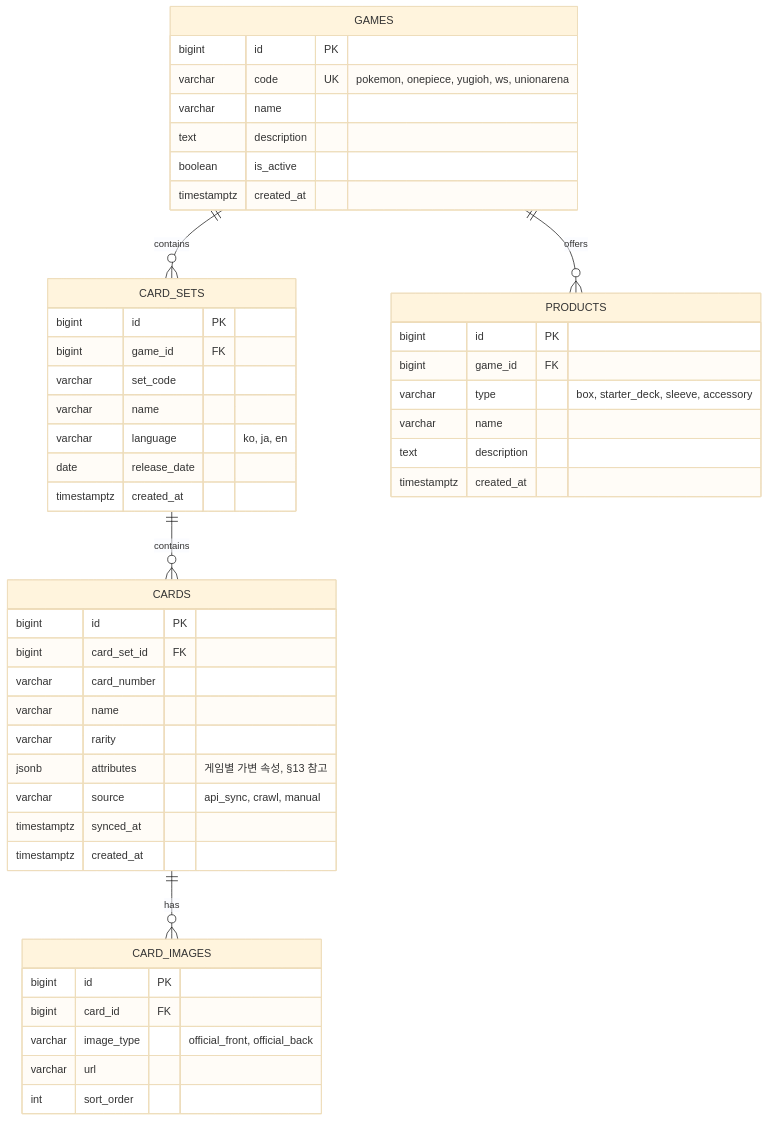
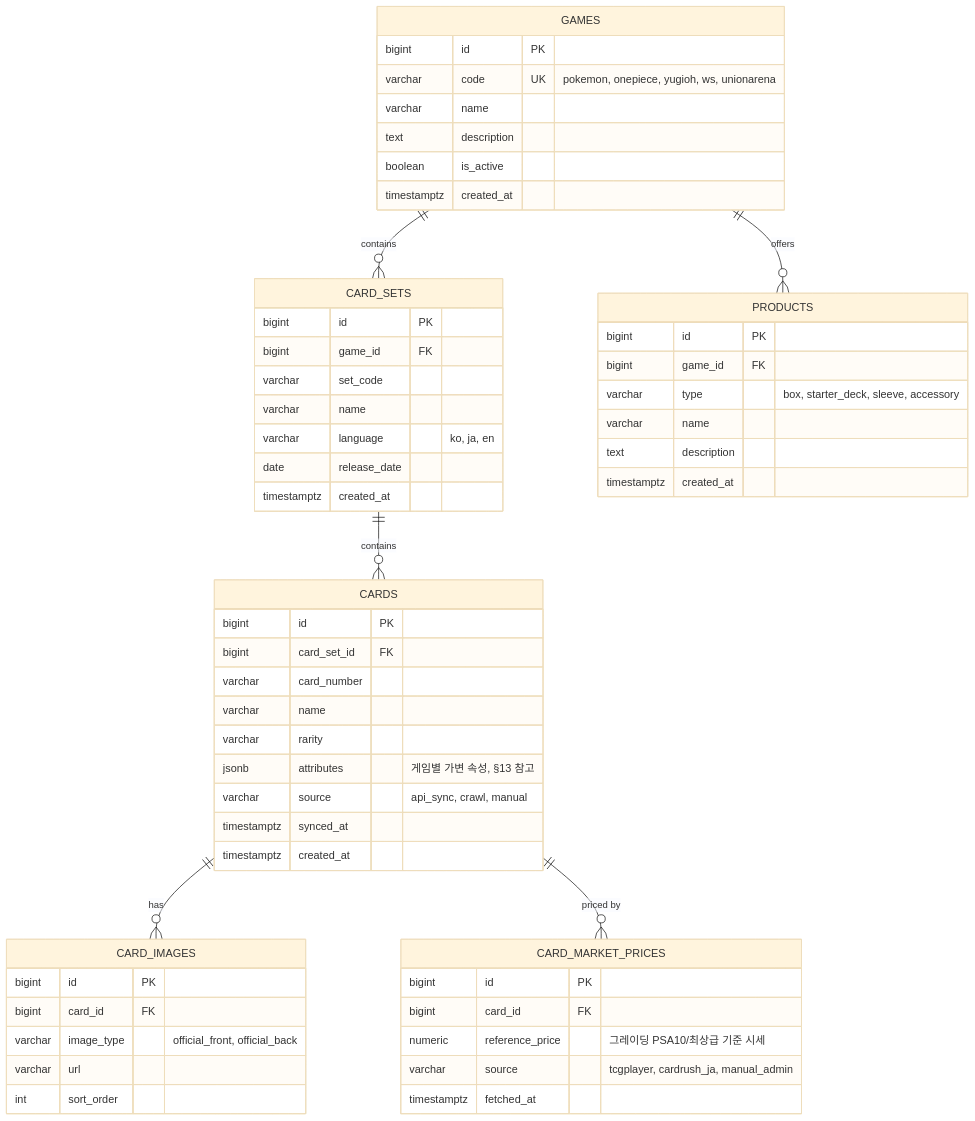
The third of 12 diagrams in docs/ERD.md (WinLakeLee/WinLakeLee), drawn with Mermaid (base theme) before and after one commit. The commit also changed other lines of this file and 1 other file, not shown here.

````diff
--- a/docs/ERD.md
+++ b/docs/ERD.md
@@ -162,55 +162,64 @@
 ```mermaid
 erDiagram
     GAMES ||--o{ CARD_SETS : contains
     CARD_SETS ||--o{ CARDS : contains
     CARDS ||--o{ CARD_IMAGES : has
+    CARDS ||--o{ CARD_MARKET_PRICES : "priced by"
     GAMES ||--o{ PRODUCTS : offers
 
     GAMES {
         bigint id PK
         varchar code UK "pokemon, onepiece, yugioh, ws, unionarena"
         varchar name
         text description
         boolean is_active
         timestamptz created_at
     }
 
     CARD_SETS {
         bigint id PK
         bigint game_id FK
         varchar set_code
         varchar name
         varchar language "ko, ja, en"
         date release_date
         timestamptz created_at
     }
 
     CARDS {
         bigint id PK
         bigint card_set_id FK
         varchar card_number
         varchar name
         varchar rarity
         jsonb attributes "게임별 가변 속성, §13 참고"
         varchar source "api_sync, crawl, manual"
         timestamptz synced_at
         timestamptz created_at
     }
 
     CARD_IMAGES {
         bigint id PK
         bigint card_id FK
         varchar image_type "official_front, official_back"
         varchar url
         int sort_order
     }
 
     PRODUCTS {
         bigint id PK
         bigint game_id FK
         varchar type "box, starter_deck, sleeve, accessory"
         varchar name
         text description
         timestamptz created_at
     }
+
+    CARD_MARKET_PRICES {
+        bigint id PK
+        bigint card_id FK
+        numeric reference_price "그레이딩 PSA10/최상급 기준 시세"
+        varchar source "tcgplayer, cardrush_ja, manual_admin"
+        timestamptz fetched_at
+    }
 ```
````
